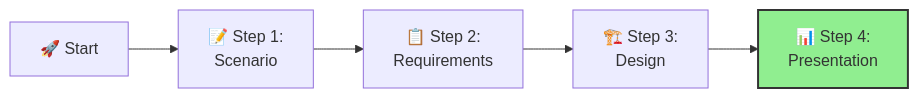
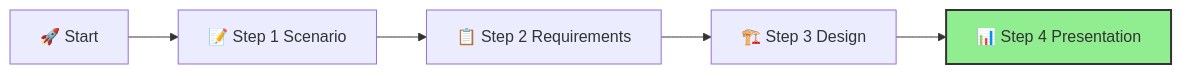
One commit to briandenicola/xlr8-e2eaisolutions changed the diagram in docs/03-aihub/ifs-aihub-step4-present.md. Above: the diagram before and after it, drawn with Mermaid. The commit also changed other lines of this file and 17 other files, not shown here.

````diff
--- a/docs/03-aihub/ifs-aihub-step4-present.md
+++ b/docs/03-aihub/ifs-aihub-step4-present.md
@@ -21,8 +25,8 @@
 ```mermaid
 flowchart LR
-    A[🚀 Start] --> B[📝 Step 1:\nScenario]
-    B --> C[📋 Step 2:\nRequirements]
-    C --> D[🏗️ Step 3:\nDesign]
-    D --> E[📊 Step 4:\nPresentation]
+    A[🚀 Start] --> B[📝 Step 1 Scenario]
+    B --> C[📋 Step 2 Requirements]
+    C --> D[🏗️ Step 3 Design]
+    D --> E[📊 Step 4 Presentation]
     style E fill:#90EE90,stroke:#333,stroke-width:2px
 ```
````
